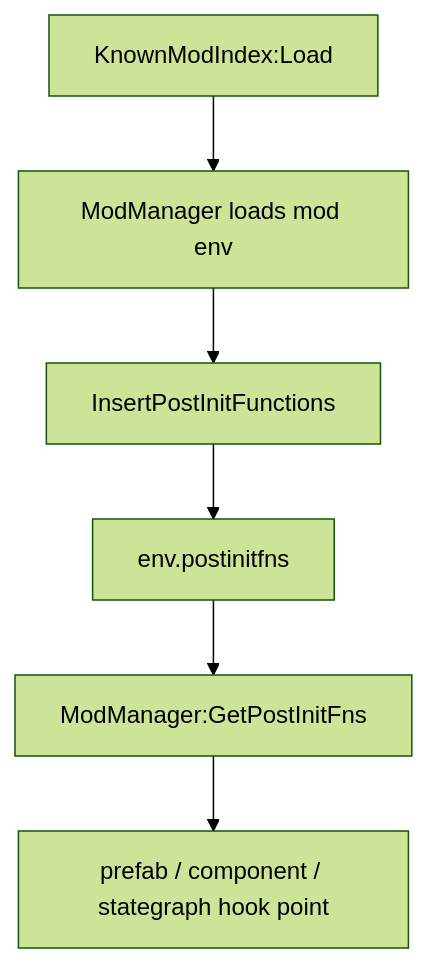
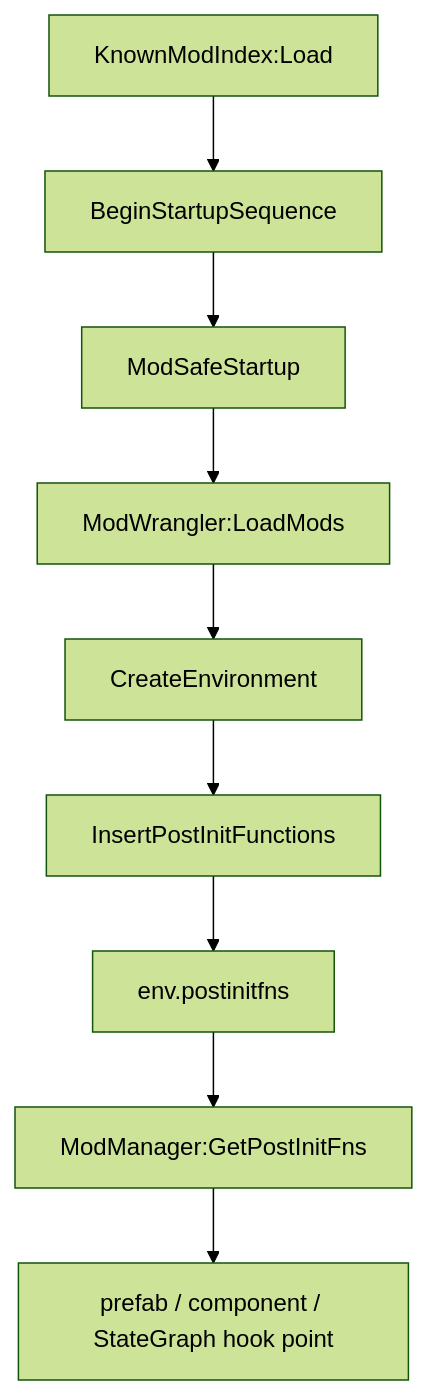
One commit to LetsStarveTogether/dst-server changed the diagram in dst-scripts/index/0x2000-runtime/0x2300-tooling/0x2301-mods-debug.md. Above: the diagram before and after it, drawn with Mermaid (forest theme). The commit also changed other lines of this file and 83 other files, not shown here.

```diff
--- a/dst-scripts/index/0x2000-runtime/0x2300-tooling/0x2301-mods-debug.md
+++ b/dst-scripts/index/0x2000-runtime/0x2300-tooling/0x2301-mods-debug.md
@@ -64,9 +56,12 @@
 ~~~mermaid
 flowchart TD
     A["KnownModIndex:Load"]
-    A --> B["ModManager loads mod env"]
-    B --> C["InsertPostInitFunctions"]
-    C --> D["env.postinitfns"]
-    D --> E["ModManager:GetPostInitFns"]
-    E --> F["prefab / component / stategraph hook point"]
+    A --> B["BeginStartupSequence"]
+    B --> C["ModSafeStartup"]
+    C --> D["ModWrangler:LoadMods"]
+    D --> E["CreateEnvironment"]
+    E --> F["InsertPostInitFunctions"]
+    F --> G["env.postinitfns"]
+    G --> H["ModManager:GetPostInitFns"]
+    H --> I["prefab / component / StateGraph hook point"]
 ~~~
```
